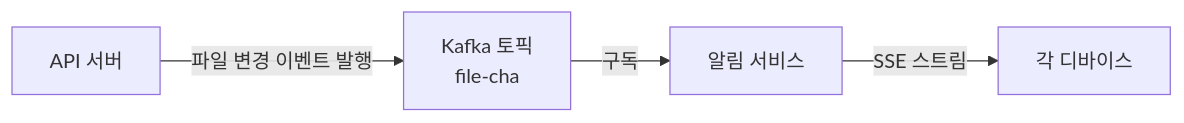
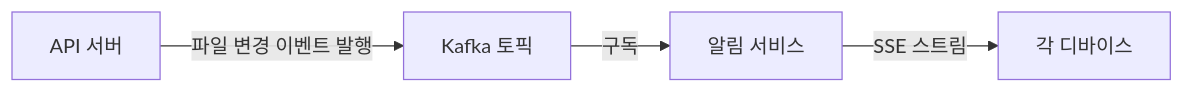
The sixth of 8 diagrams in _posts/systemdesign/2026-05-03-system-design-file-storage.md (yjkim2015/yjkim2015.github.io), drawn with Mermaid before and after one commit. The commit also changed other lines of this file and 217 other files, not shown here.

First line of the commit message:
Mermaid 크기 수정: useMaxWidth:true + SVG max-width:100% + 라벨 축소

````diff
--- a/_posts/systemdesign/2026-05-03-system-design-file-storage.md
+++ b/_posts/systemdesign/2026-05-03-system-design-file-storage.md
@@ -438,10 +438,10 @@
 ```mermaid
 graph LR
     API["API 서버"]
-    KAFKA["Kafka 토픽\nfile-cha"]
+    KAFKA["Kafka 토픽"]
     NOTIF["알림 서비스"]
     CLIENT["각 디바이스"]
     API -->|"파일 변경 이벤트 발행"| KAFKA
     KAFKA -->|"구독"| NOTIF
     NOTIF -->|"SSE 스트림"| CLIENT
 ```
````
